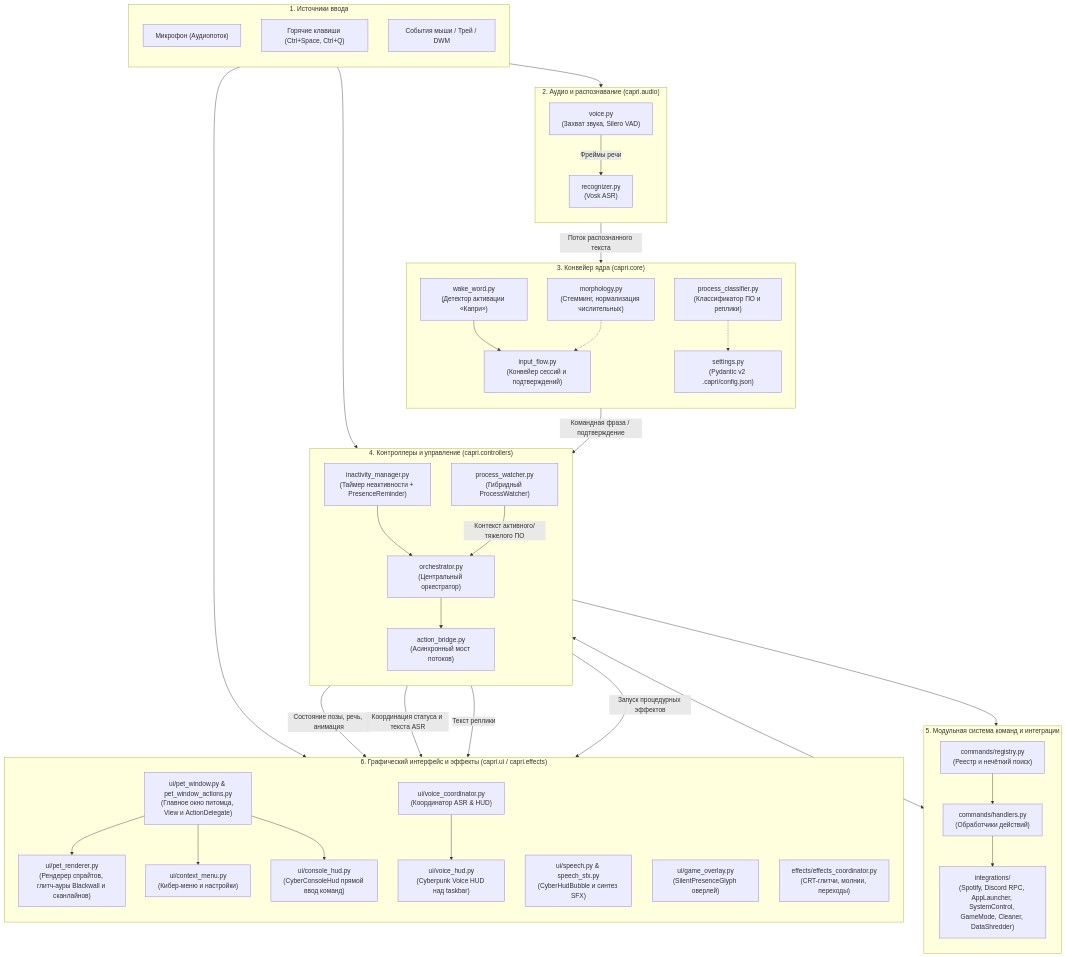
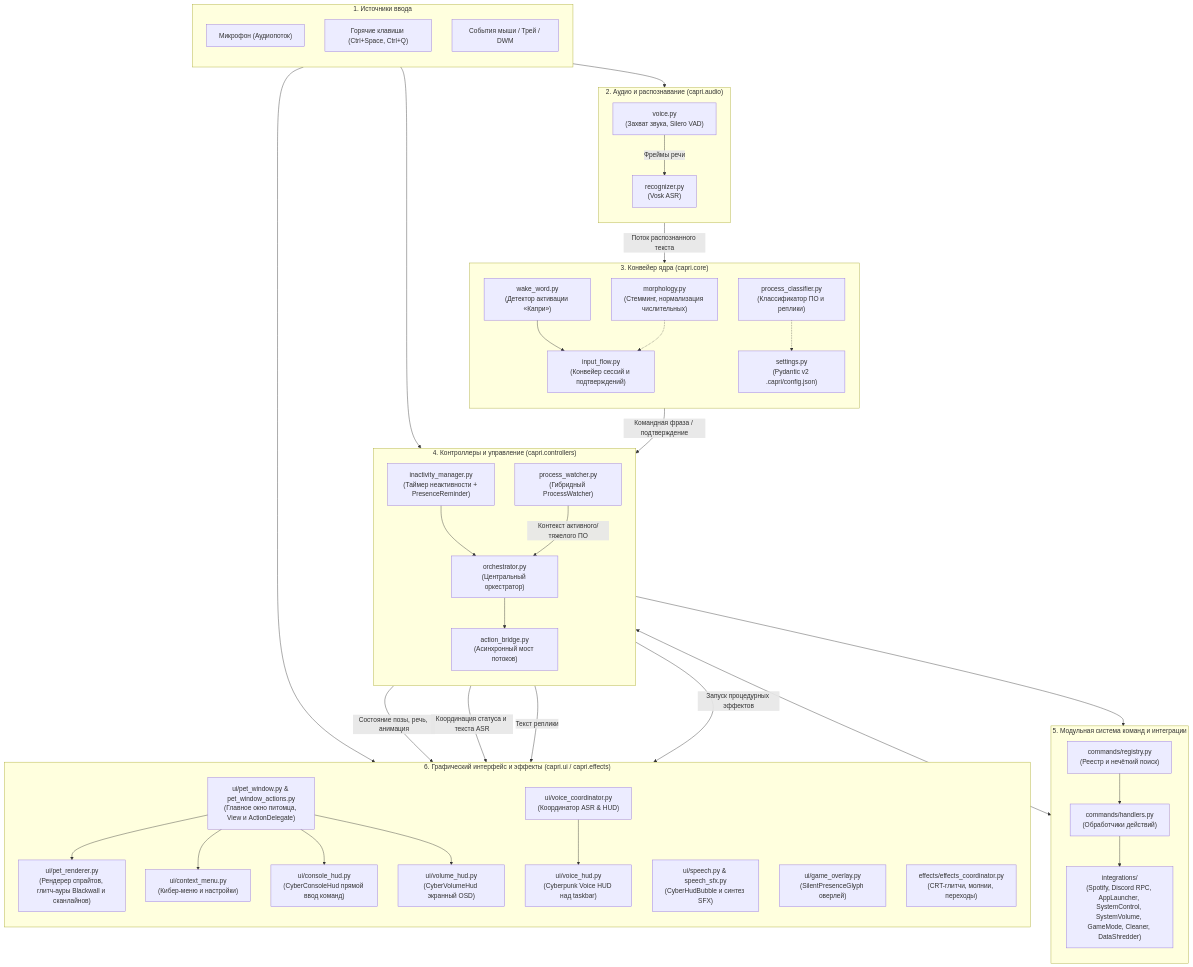
Before and after one commit to xTerionsilker/CapriPet-Python: the first of 4 diagrams in docs/architecture.md, drawn with Mermaid. The commit also changed 17 other files, not shown here.

Commit message:
feat(commands): system master volume control and cyber audio hud

```diff
--- a/docs/architecture.md
+++ b/docs/architecture.md
@@ -52,7 +52,7 @@
         direction TB
         Registry["commands/registry.py<br/>(Реестр и нечёткий поиск)"]
         Handlers["commands/handlers.py<br/>(Обработчики действий)"]
-        Integrations["integrations/<br/>(Spotify, Discord RPC, AppLauncher, SystemControl, GameMode, Cleaner, DataShredder)"]
+        Integrations["integrations/<br/>(Spotify, Discord RPC, AppLauncher, SystemControl, SystemVolume, GameMode, Cleaner, DataShredder)"]
 
         Registry --> Handlers
         Handlers --> Integrations
@@ -67,6 +67,7 @@
         ConsoleHUD["ui/console_hud.py<br/>(CyberConsoleHud прямой ввод команд)"]
         VoiceCoord["ui/voice_coordinator.py<br/>(Координатор ASR & HUD)"]
         VoiceHUD["ui/voice_hud.py<br/>(Cyberpunk Voice HUD над taskbar)"]
+        VolumeHUD["ui/volume_hud.py<br/>(CyberVolumeHud экранный OSD)"]
         SpeechHUD["ui/speech.py & speech_sfx.py<br/>(CyberHudBubble и синтез SFX)"]
         GameOverlay["ui/game_overlay.py<br/>(SilentPresenceGlyph оверлей)"]
         Effects["effects/effects_coordinator.py<br/>(CRT-глитчи, молнии, переходы)"]
@@ -74,6 +75,7 @@
         PetWindow --> PetRenderer
         PetWindow --> ContextMenu
         PetWindow --> ConsoleHUD
+        PetWindow --> VolumeHUD
         VoiceCoord --> VoiceHUD
     end
 
```
